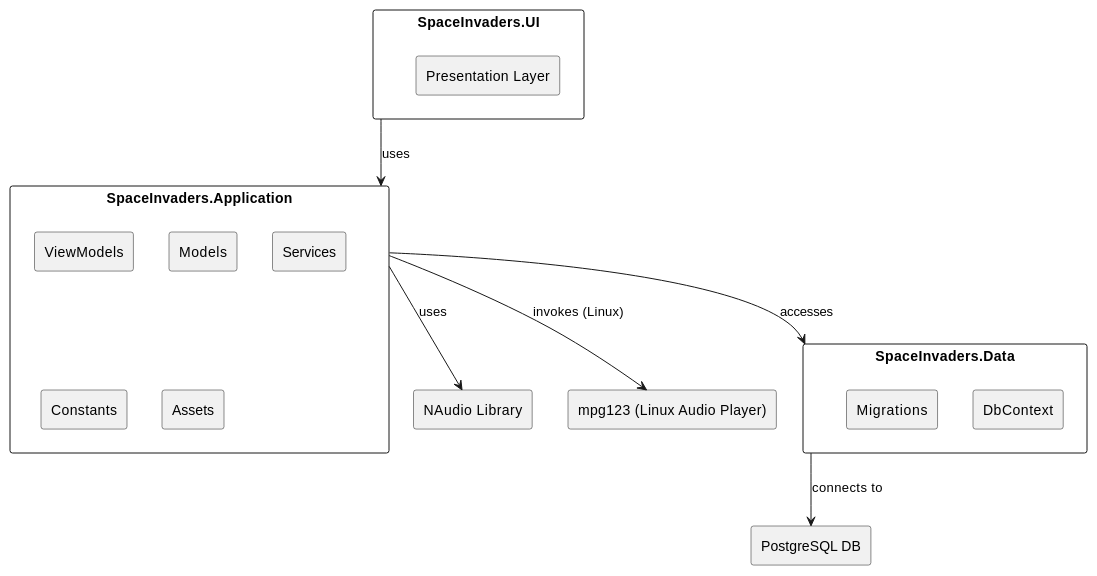
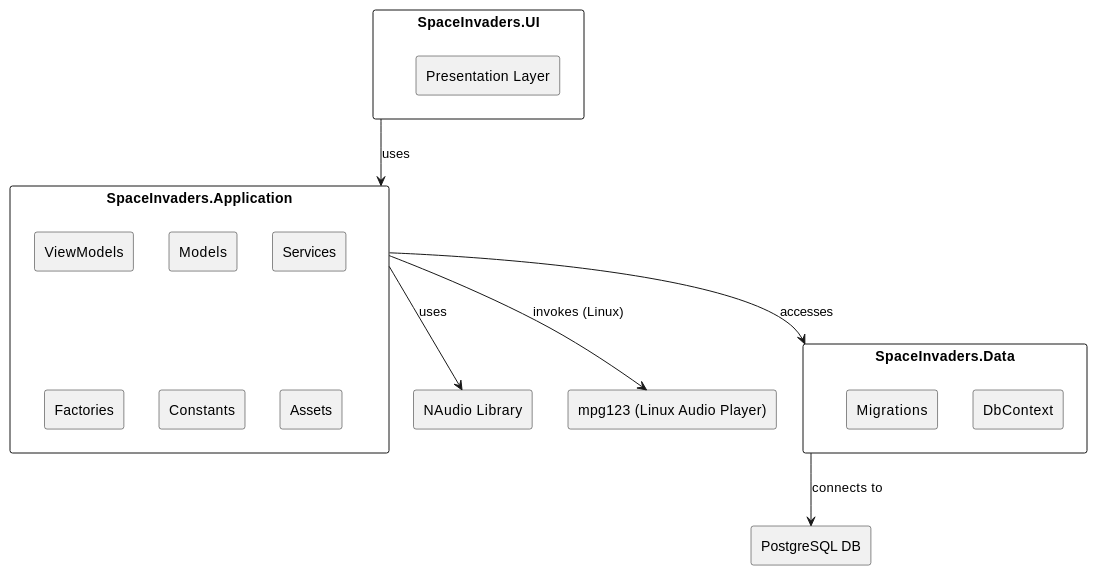
One commit to Opaleiros-Foundation/space-invaders-punk changed the fifth of 9 diagrams in Writerside/topics/UML.md. Above: the diagram before and after it, drawn with PlantUML. The commit also changed other lines of this file and 2 other files, not shown here.

First line of the commit message:
docs: Update documentation for patterns, UML, and data model

````diff
--- a/Writerside/topics/UML.md
+++ b/Writerside/topics/UML.md
@@ -205,33 +223,34 @@
 ```plantuml
 @startuml
 skinparam componentStyle rectangle
 
 component "SpaceInvaders.UI" as UI {
   [Presentation Layer]
 }
 
 component "SpaceInvaders.Application" as App {
   [ViewModels]
   [Models]
   [Services]
+  [Factories]
   [Constants]
   [Assets]
 }
 
 component "SpaceInvaders.Data" as Data {
   [DbContext]
   [Migrations]
 }
 
 component "PostgreSQL DB" as DB
 component "NAudio Library" as NAudio
 component "mpg123 (Linux Audio Player)" as Mpg123
 
 UI --> App : uses
 App --> Data : accesses
 Data --> DB : connects to
 App --> NAudio : uses
 App --> Mpg123 : invokes (Linux)
 
 @enduml
 ```
````
